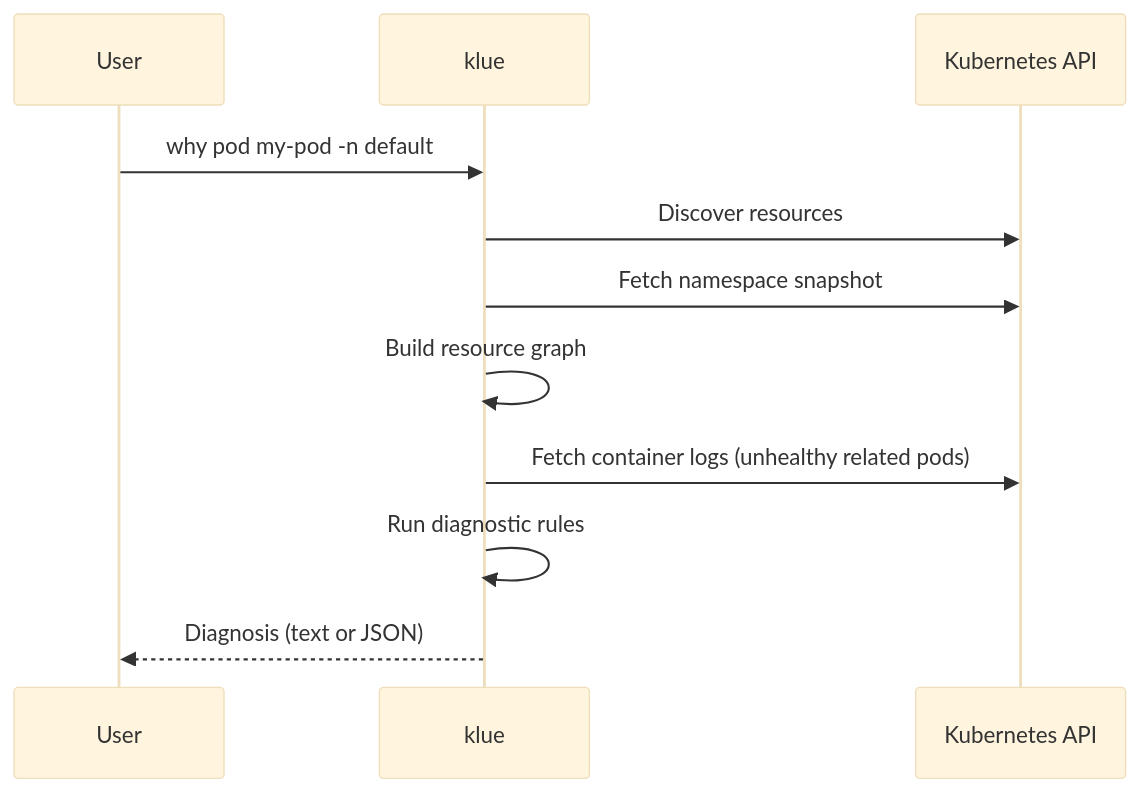
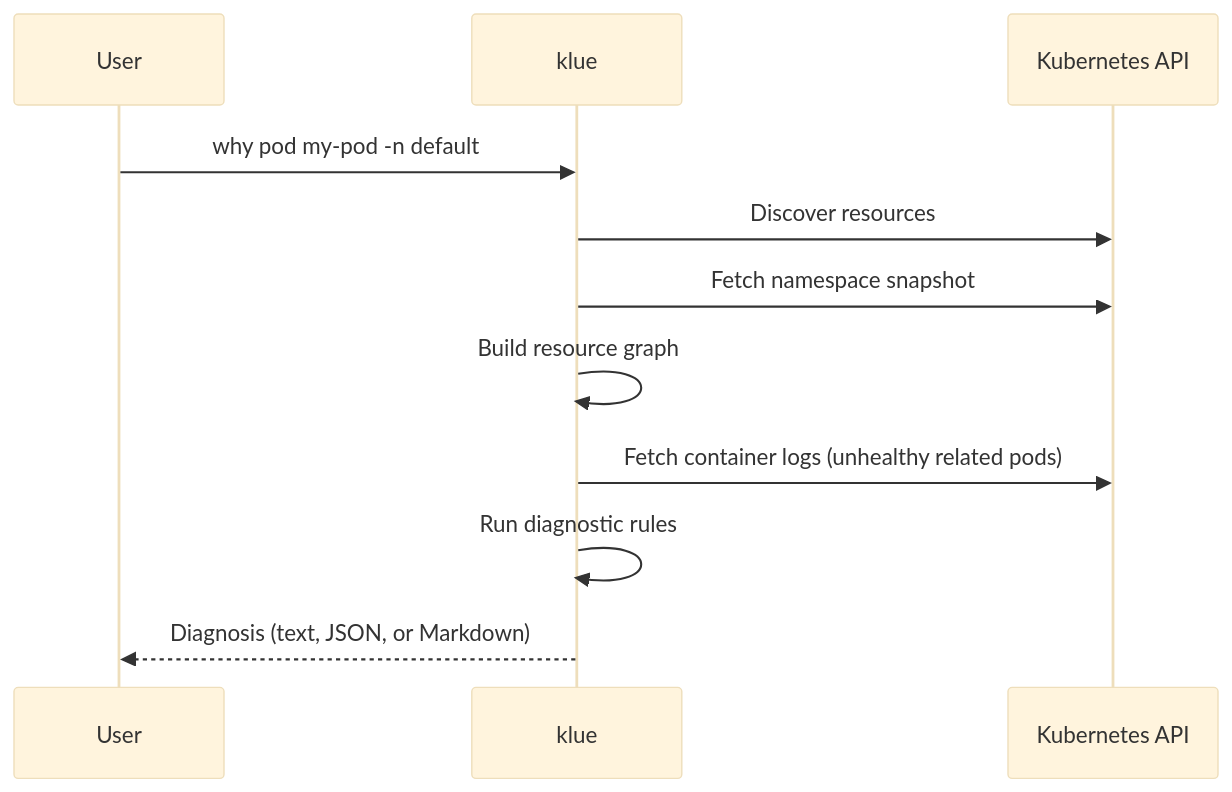
Before and after one commit to gabor-boros/klue: the diagram in docs/usage/why.md, drawn with Mermaid (base theme). The commit also changed 10 other files, not shown here.

````diff
--- a/docs/usage/why.md
+++ b/docs/usage/why.md
@@ -59,14 +59,14 @@
 ```mermaid
 sequenceDiagram
   participant User
   participant klue
   participant API as Kubernetes API
 
   User->>klue: why pod my-pod -n default
   klue->>API: Discover resources
   klue->>API: Fetch namespace snapshot
   klue->>klue: Build resource graph
   klue->>API: Fetch container logs (unhealthy related pods)
   klue->>klue: Run diagnostic rules
-  klue-->>User: Diagnosis (text or JSON)
+  klue-->>User: Diagnosis (text, JSON, or Markdown)
 ```
````
